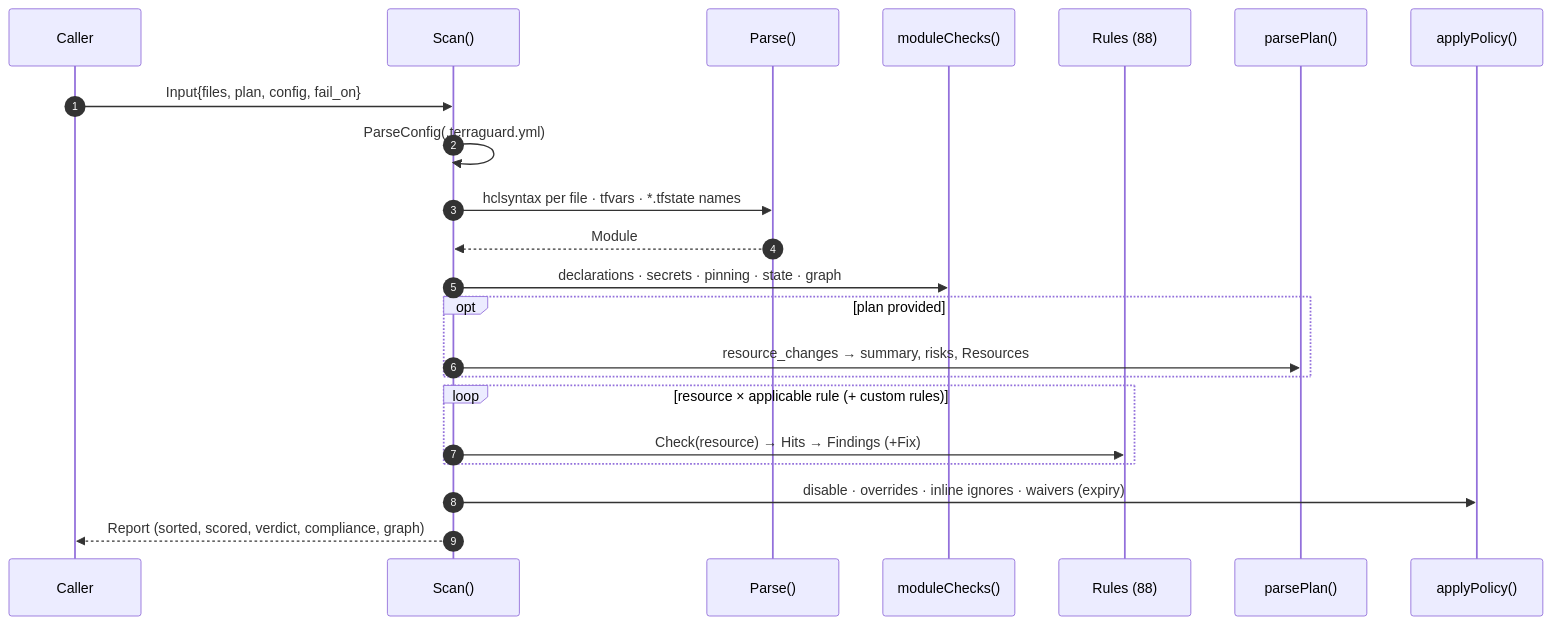
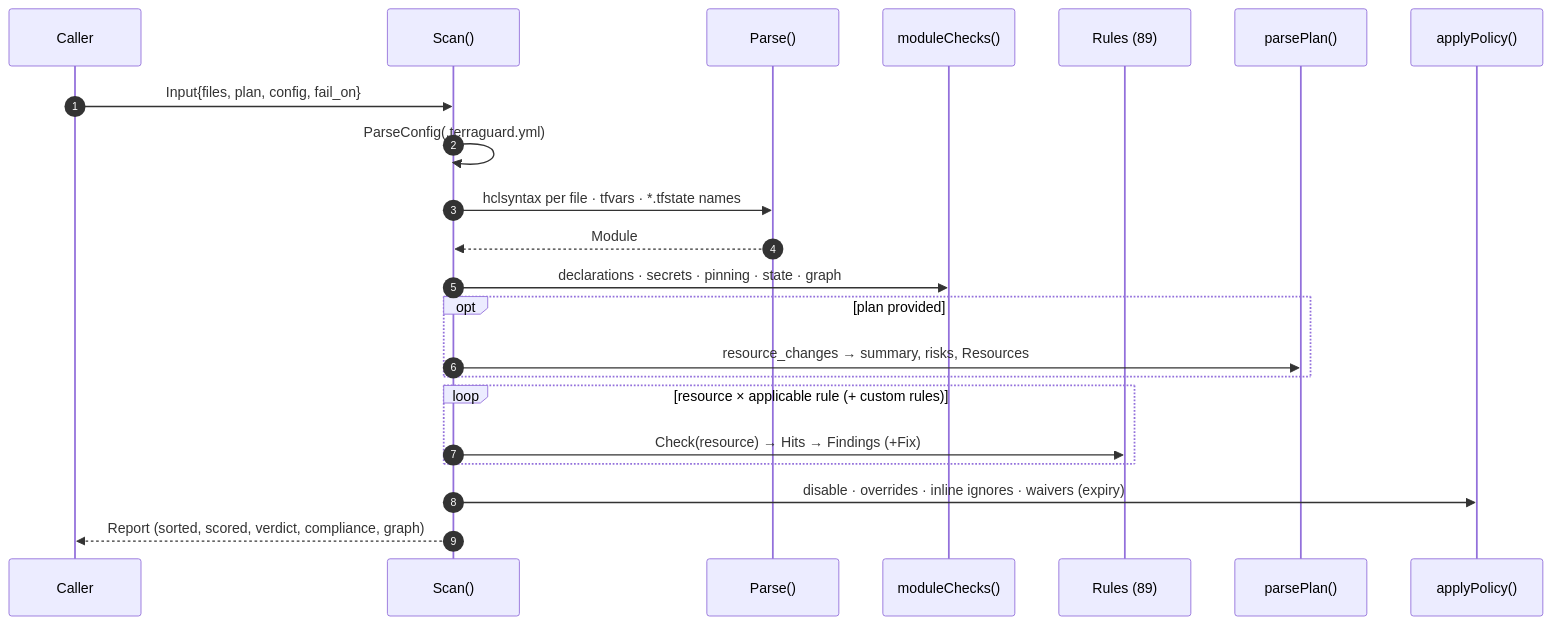
One commit to Karthik-099/TERRAGUARD changed the sixth of 13 diagrams in docs/ARCHITECTURE.md. Above: the diagram before and after it, drawn with Mermaid. The commit also changed other lines of this file and 58 other files, not shown here.

````diff
--- a/docs/ARCHITECTURE.md
+++ b/docs/ARCHITECTURE.md
@@ -224,24 +253,24 @@
 ```mermaid
 sequenceDiagram
   autonumber
   participant C as Caller
   participant S as Scan()
   participant P as Parse()
   participant MC as moduleChecks()
-  participant RR as Rules (88)
+  participant RR as Rules (89)
   participant PL as parsePlan()
   participant PO as applyPolicy()
   C->>S: Input{files, plan, config, fail_on}
   S->>S: ParseConfig(.terraguard.yml)
   S->>P: hclsyntax per file · tfvars · *.tfstate names
   P-->>S: Module
   S->>MC: declarations · secrets · pinning · state · graph
   opt plan provided
     S->>PL: resource_changes → summary, risks, Resources
   end
   loop resource × applicable rule (+ custom rules)
     S->>RR: Check(resource) → Hits → Findings (+Fix)
   end
   S->>PO: disable · overrides · inline ignores · waivers (expiry)
   S-->>C: Report (sorted, scored, verdict, compliance, graph)
 ```
````
